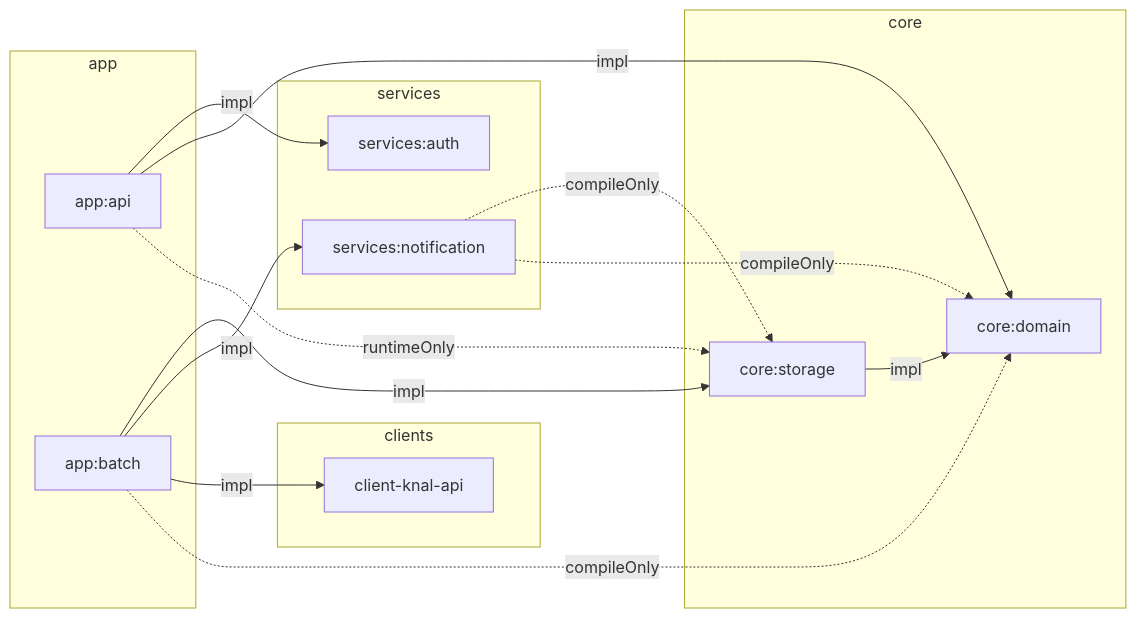
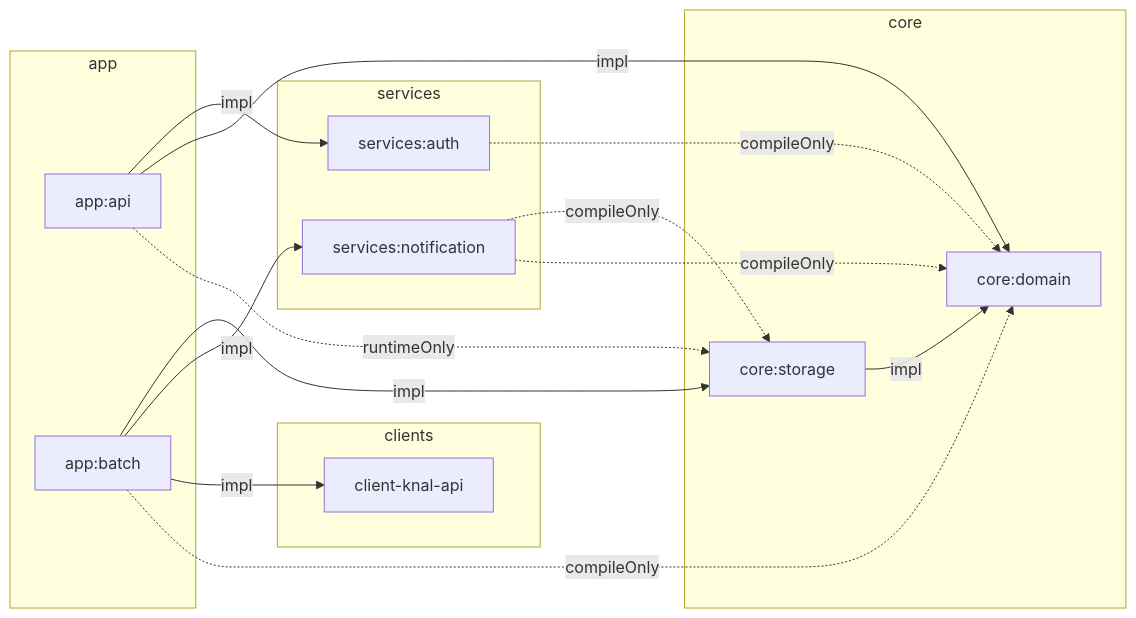
The diagram in README.md (ogongchill/barlow), drawn with Mermaid before and after one commit.

````diff
--- a/README.md
+++ b/README.md
@@ -9,41 +9,42 @@
 ```mermaid
 graph LR
 
 %% 그룹: app
     subgraph app [app]
         app_api["app:api"]
         app_batch["app:batch"]
     end
 
 %% 그룹: core
     subgraph core [core]
         core_domain["core:domain"]
         core_storage["core:storage"]
     end
 
 %% 그룹: services
     subgraph services [services]
         services_auth["services:auth"]
         services_noti["services:notification"]
     end
 
 %% 그룹: clients
     subgraph clients [clients]
         client_knal_api["client-knal-api"]
     end
 
 %% app_api
     app_api -->|impl| services_auth
     app_api -->|impl| core_domain
     app_api -.->|runtimeOnly| core_storage
 %% app_batch
     app_batch -->|impl| core_storage
     app_batch -->|impl| services_noti
     app_batch -->|impl| client_knal_api
     app_batch -.->|compileOnly| core_domain
 %% core_storage
     core_storage -->|impl| core_domain
 %% services
     services_noti -.->|compileOnly| core_storage
     services_noti -.->|compileOnly| core_domain
+    services_auth -.->|compileOnly| core_domain
 ```
````
